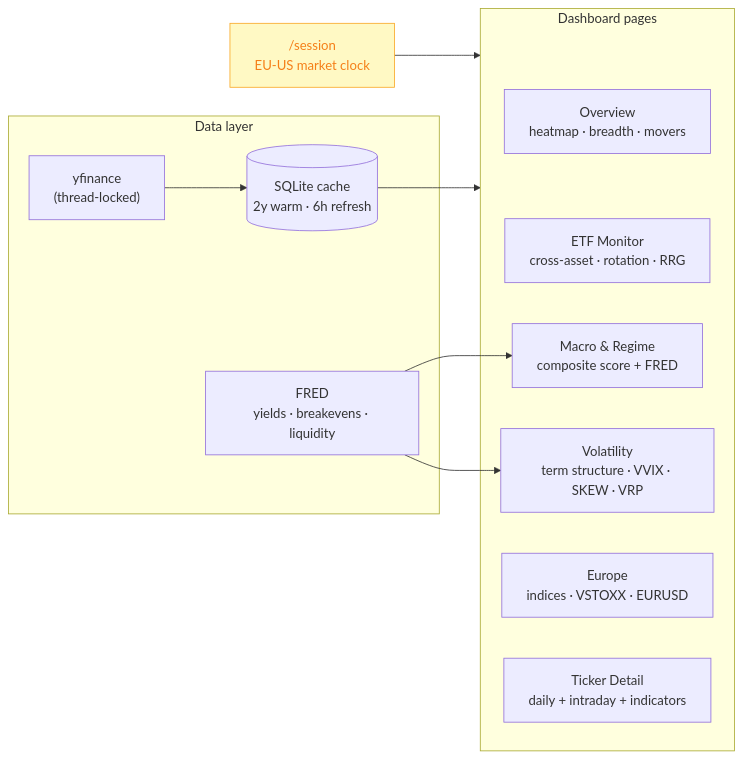
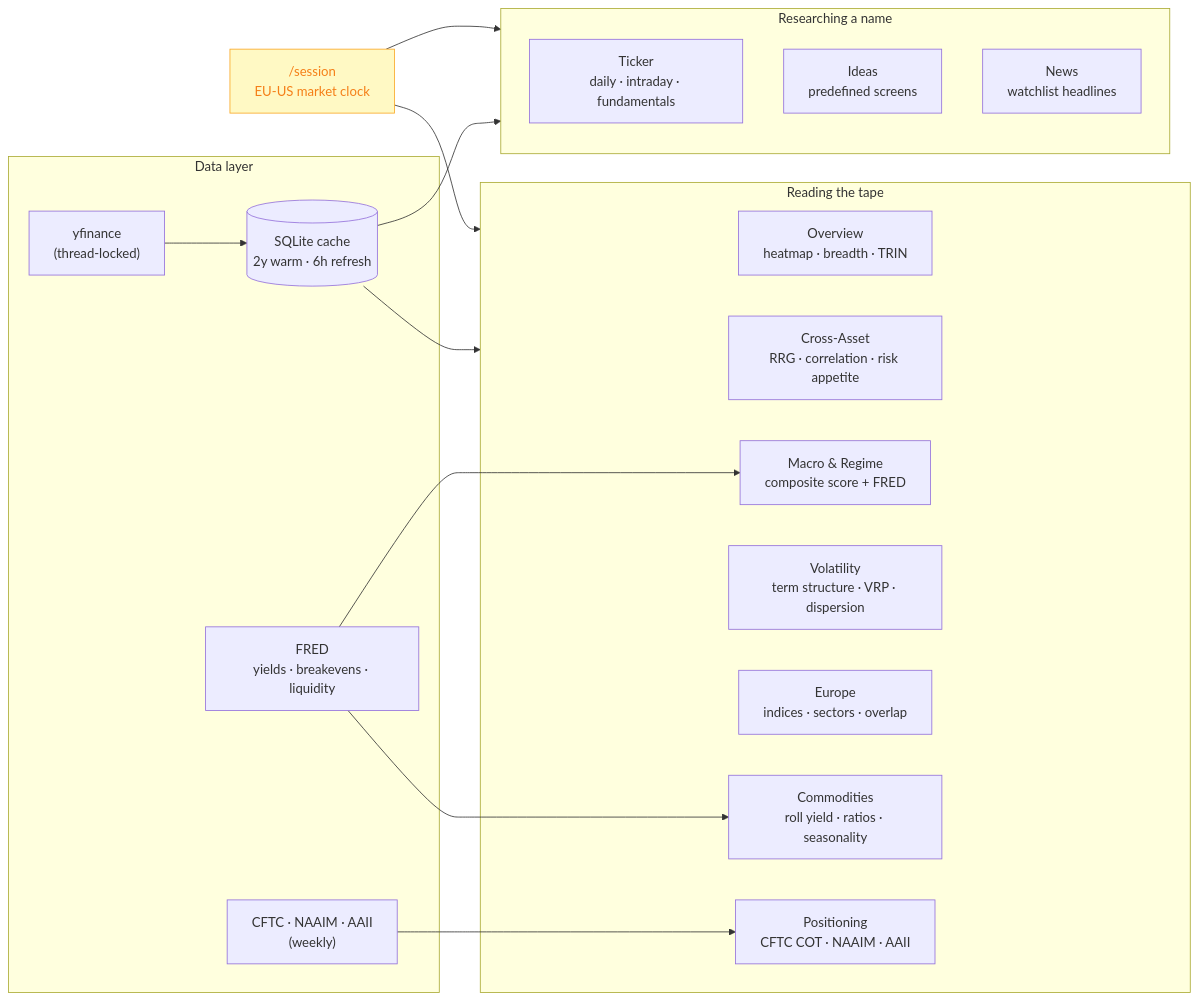
One commit to honyakgergo/Portfolio changed the diagram in money-dashboard/README.md. Above: the diagram before and after it, drawn with Mermaid. The commit also changed other lines of this file and 52 other files, not shown here.

````diff
--- a/money-dashboard/README.md
+++ b/money-dashboard/README.md
@@ -13,26 +23,37 @@
 ```mermaid
 flowchart LR
     SESSION["/session<br/>EU-US market clock"]:::clock
 
-    subgraph PAGES["Dashboard pages"]
-        OV["Overview<br/>heatmap · breadth · movers"]
-        ETF["ETF Monitor<br/>cross-asset · rotation · RRG"]
+    subgraph TAPE["Reading the tape"]
+        OV["Overview<br/>heatmap · breadth · TRIN"]
+        XA["Cross-Asset<br/>RRG · correlation · risk appetite"]
         MACRO["Macro & Regime<br/>composite score + FRED"]
-        VOL["Volatility<br/>term structure · VVIX · SKEW · VRP"]
-        EU["Europe<br/>indices · VSTOXX · EURUSD"]
-        TICK["Ticker Detail<br/>daily + intraday + indicators"]
+        VOL["Volatility<br/>term structure · VRP · dispersion"]
+        EU["Europe<br/>indices · sectors · overlap"]
+        CMD["Commodities<br/>roll yield · ratios · seasonality"]
+        POS["Positioning<br/>CFTC COT · NAAIM · AAII"]
+    end
+
+    subgraph NAME["Researching a name"]
+        TICK["Ticker<br/>daily · intraday · fundamentals"]
+        IDEAS["Ideas<br/>predefined screens"]
+        NEWS["News<br/>watchlist headlines"]
     end
 
     subgraph DATA["Data layer"]
         YF["yfinance<br/>(thread-locked)"]
         FRED["FRED<br/>yields · breakevens · liquidity"]
+        CFTC["CFTC · NAAIM · AAII<br/>(weekly)"]
         CACHE[("SQLite cache<br/>2y warm · 6h refresh")]
     end
 
-    SESSION --> PAGES
-    YF --> CACHE --> PAGES
+    SESSION --> TAPE
+    SESSION --> NAME
+    YF --> CACHE --> TAPE
+    CACHE --> NAME
     FRED --> MACRO
-    FRED --> VOL
+    FRED --> CMD
+    CFTC --> POS
 
     classDef clock fill:#fff9c4,stroke:#f9a825,color:#f57f17;
 ```
````
